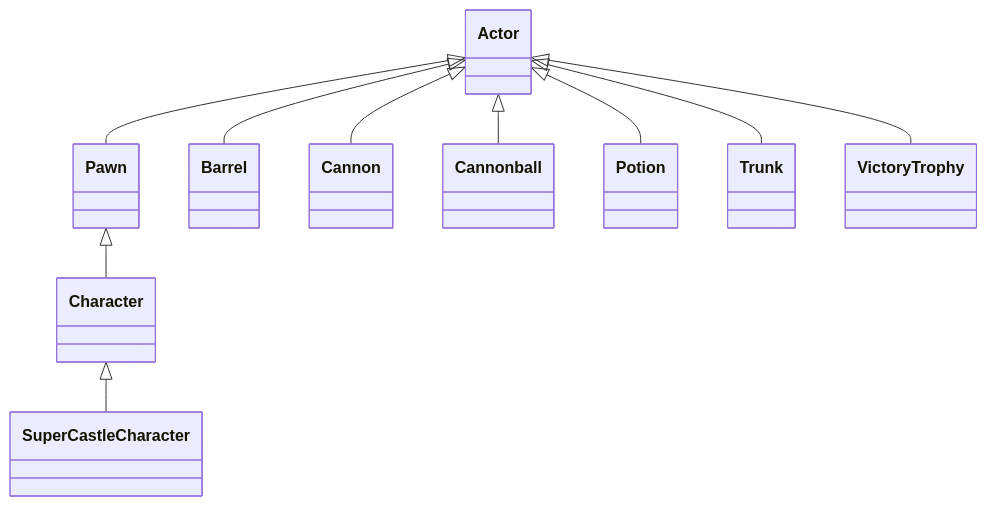
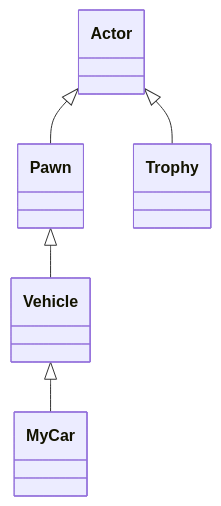
One commit to narratech/DEV00-G00-P0 changed the second of 2 diagrams in README.md. Above: the diagram before and after it, drawn with Mermaid. The commit also changed other lines of this file, not shown here.

````diff
--- a/README.md
+++ b/README.md
@@ -191,13 +88,8 @@
 ```mermaid
 classDiagram
       Actor <|-- Pawn
-      Pawn <|-- Character
-      Character <|-- SuperCastleCharacter
+      Pawn <|-- Vehicle
+      Vehicle <|-- MyCar
       
-      Actor <|-- Barrel
-      Actor <|-- Cannon 
-      Actor <|-- Cannonball
-      Actor <|-- Potion
-      Actor <|-- Trunk
-      Actor <|-- VictoryTrophy
+      Actor <|-- Trophy
 ```
````
